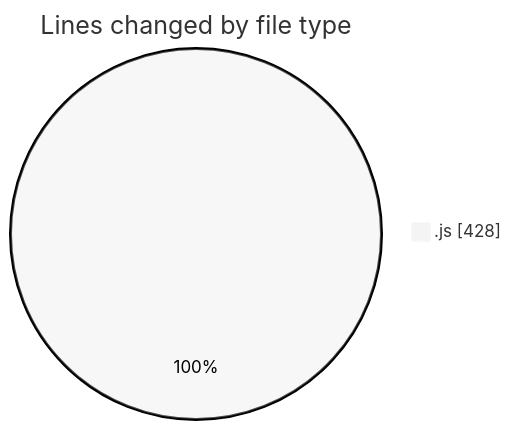
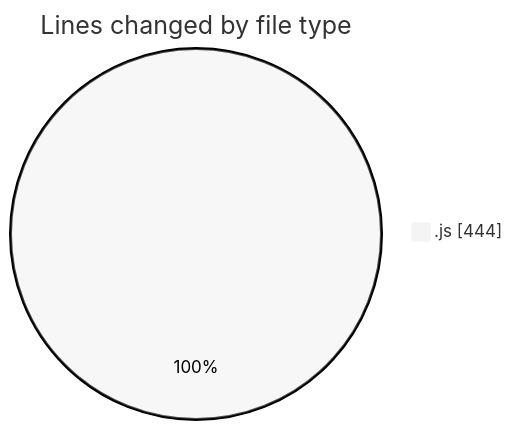
Before and after one commit to Ritupan-Deka/code-tracking: the first of 2 diagrams in 2025-07-22/javascript/README.md, drawn with Mermaid (neutral theme). The commit also changed other lines of this file and 1 other file, not shown here.

````diff
--- a/2025-07-22/javascript/README.md
+++ b/2025-07-22/javascript/README.md
@@ -21,5 +21,5 @@
 ```mermaid
 pie showData
 title Lines changed by file type
-".js" : 428
+".js" : 444
 ```
````
